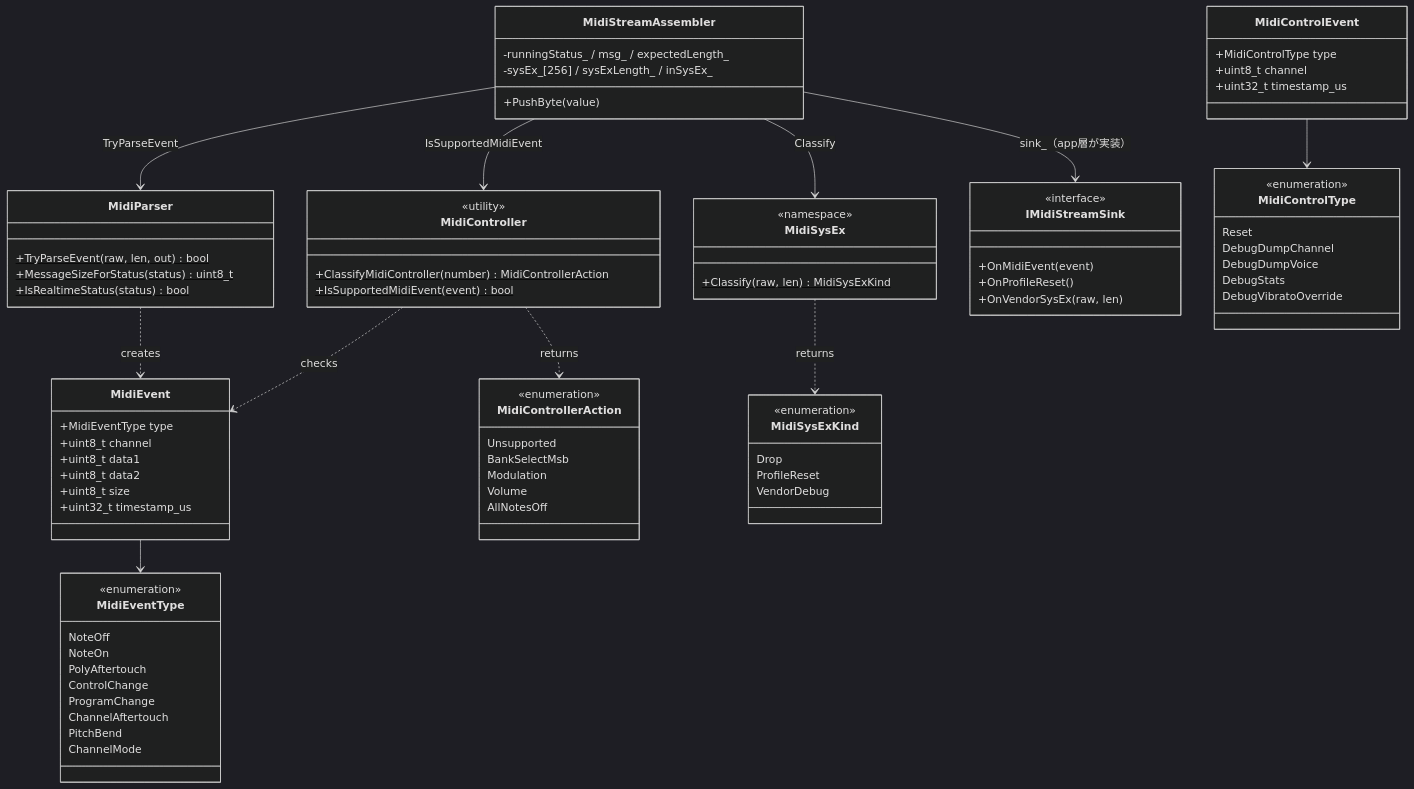
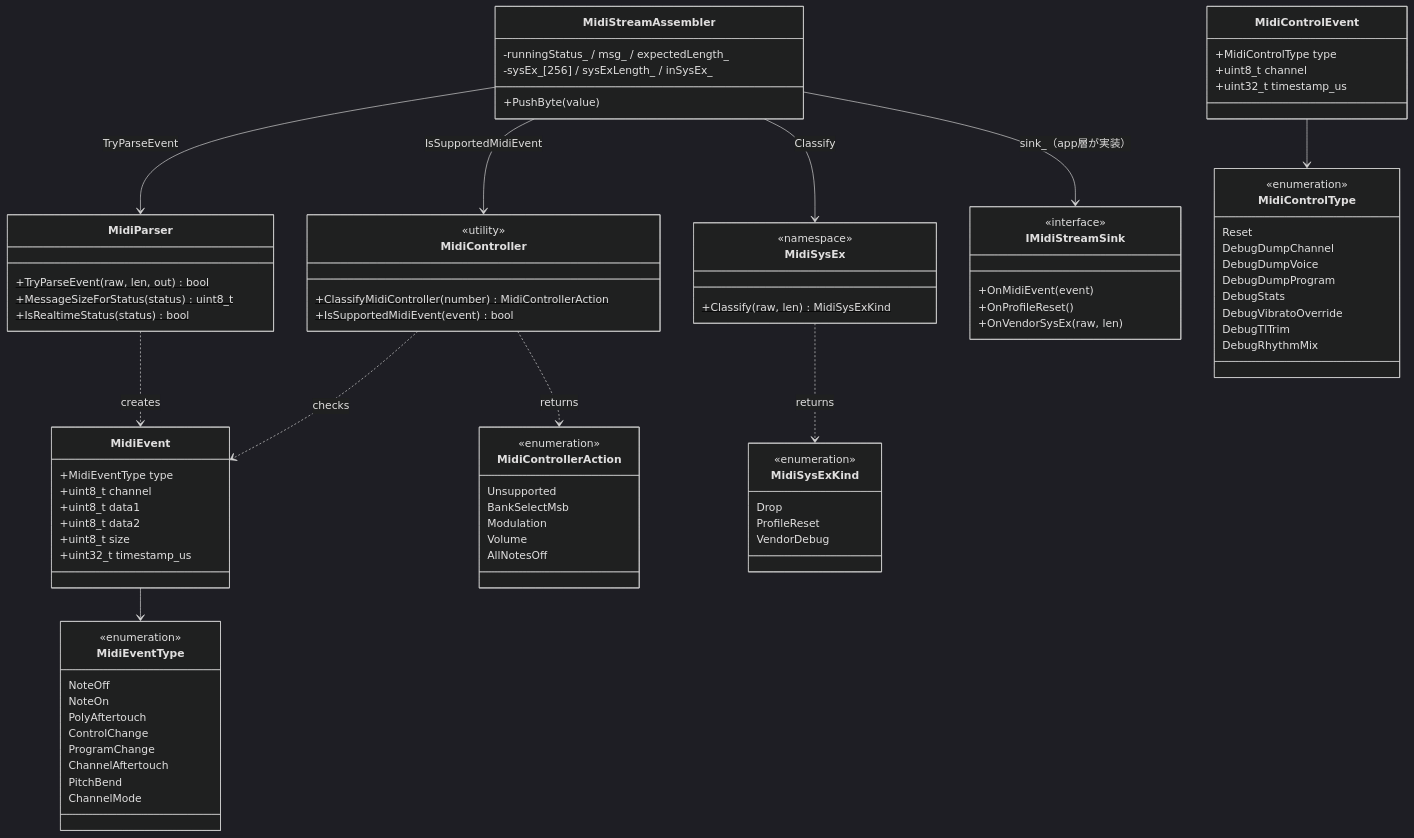
One commit to 46nori/FMSynthEnsembleV3 changed the diagram in doc/domain/domain_midi.md. Above: the diagram before and after it, drawn with Mermaid (dark theme). The commit also changed 8 other files, not shown here.

```diff
--- a/doc/domain/domain_midi.md
+++ b/doc/domain/domain_midi.md
@@ -63,8 +63,11 @@
         Reset
         DebugDumpChannel
         DebugDumpVoice
+        DebugDumpProgram
         DebugStats
         DebugVibratoOverride
+        DebugTlTrim
+        DebugRhythmMix
     }
 
     class MidiControlEvent {
```
